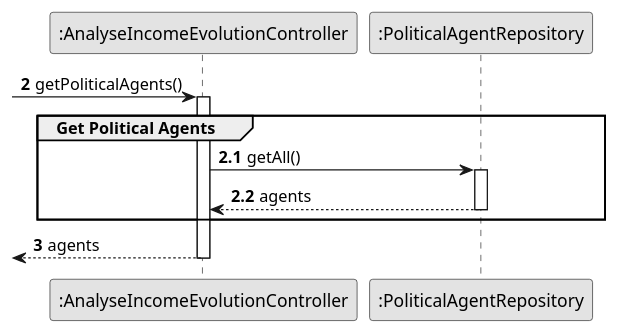
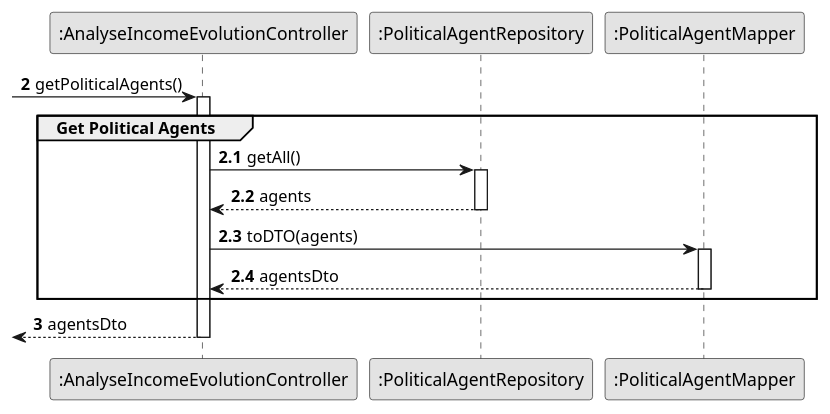
Before and after one commit to brunodspinto/crystal-clear-platform: the diagram in docs/system-documentation/US10/03.design/puml/US10-SD-partial-get-political-agents.puml, drawn with PlantUML. The commit also changed 42 other files, not shown here.

```diff
--- a/docs/system-documentation/US10/03.design/puml/US10-SD-partial-get-political-agents.puml
+++ b/docs/system-documentation/US10/03.design/puml/US10-SD-partial-get-political-agents.puml
@@ -1,27 +1,33 @@
 @startuml US10-SD-partial-get-political-agents
 skinparam monochrome true
 skinparam packageStyle rectangle
 skinparam shadowing false
 
 autonumber
 
 participant ":AnalyseIncomeEvolutionController" as CTRL
 participant ":PoliticalAgentRepository" as PAR
+participant ":PoliticalAgentMapper" as PAM
 
 autonumber 2
  -> CTRL : getPoliticalAgents()
 autonumber 2.1
 activate CTRL
     group Get Political Agents
 
         CTRL -> PAR : getAll()
         activate PAR
             PAR --> CTRL : agents
         deactivate PAR
 
+        CTRL -> PAM : toDTO(agents)
+        activate PAM
+            PAM --> CTRL : agentsDto
+        deactivate PAM
+
     end
     autonumber 3
-    <-- CTRL : agents
+    <-- CTRL : agentsDto
 deactivate CTRL
 
 @enduml
```
